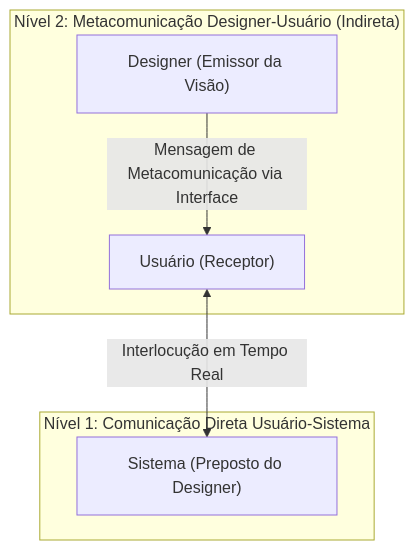
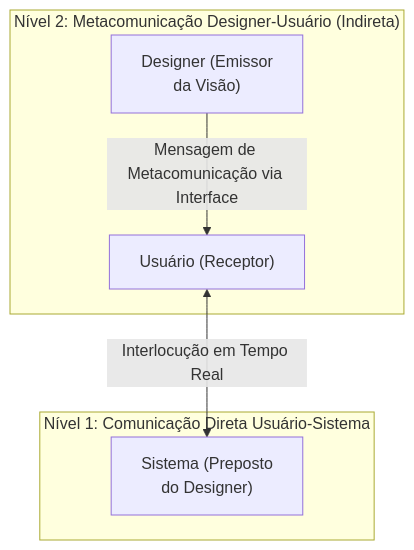
Before and after one commit to leorruas/puc: the first of 3 diagrams in 08. Design de Interacao/09. Engenharia semiótica - comunicação usuário-sistema e metacomunicação usuário-designer.md, drawn with Mermaid. The commit also changed other lines of this file and 16 other files, not shown here.

Commit message:
style(mermaid): comprehensive audit and optimization of 45 Mermaid blocks across all 22 topic notes

````diff
--- a/08. Design de Interacao/09. Engenharia semiótica - comunicação usuário-sistema e metacomunicação usuário-designer.md
+++ b/08. Design de Interacao/09. Engenharia semiótica - comunicação usuário-sistema e metacomunicação usuário-designer.md
@@ -59,10 +59,10 @@
 ```mermaid
 graph TD
     subgraph Metacomunicacao ["Nível 2: Metacomunicação Designer-Usuário (Indireta)"]
-        D["Designer (Emissor da Visão)"] -->|Mensagem de Metacomunicação via Interface| U["Usuário (Receptor)"]
+        D["Designer (Emissor<br>da Visão)"] -->|Mensagem de Metacomunicação via Interface| U["Usuário (Receptor)"]
     end
     
     subgraph ComunicacaoDireta ["Nível 1: Comunicação Direta Usuário-Sistema"]
-        U <-->|Interlocução em Tempo Real| S["Sistema (Preposto do Designer)"]
+        U <-->|Interlocução em Tempo Real| S["Sistema (Preposto<br>do Designer)"]
     end
 ```
````
